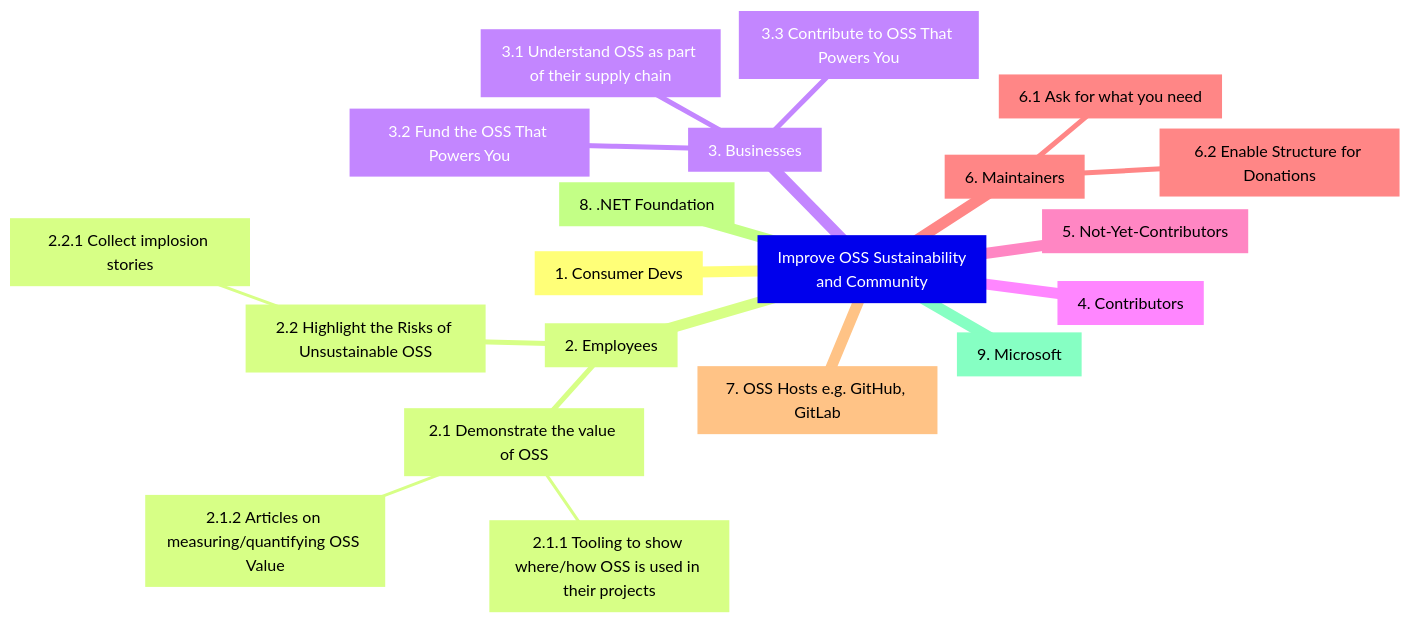
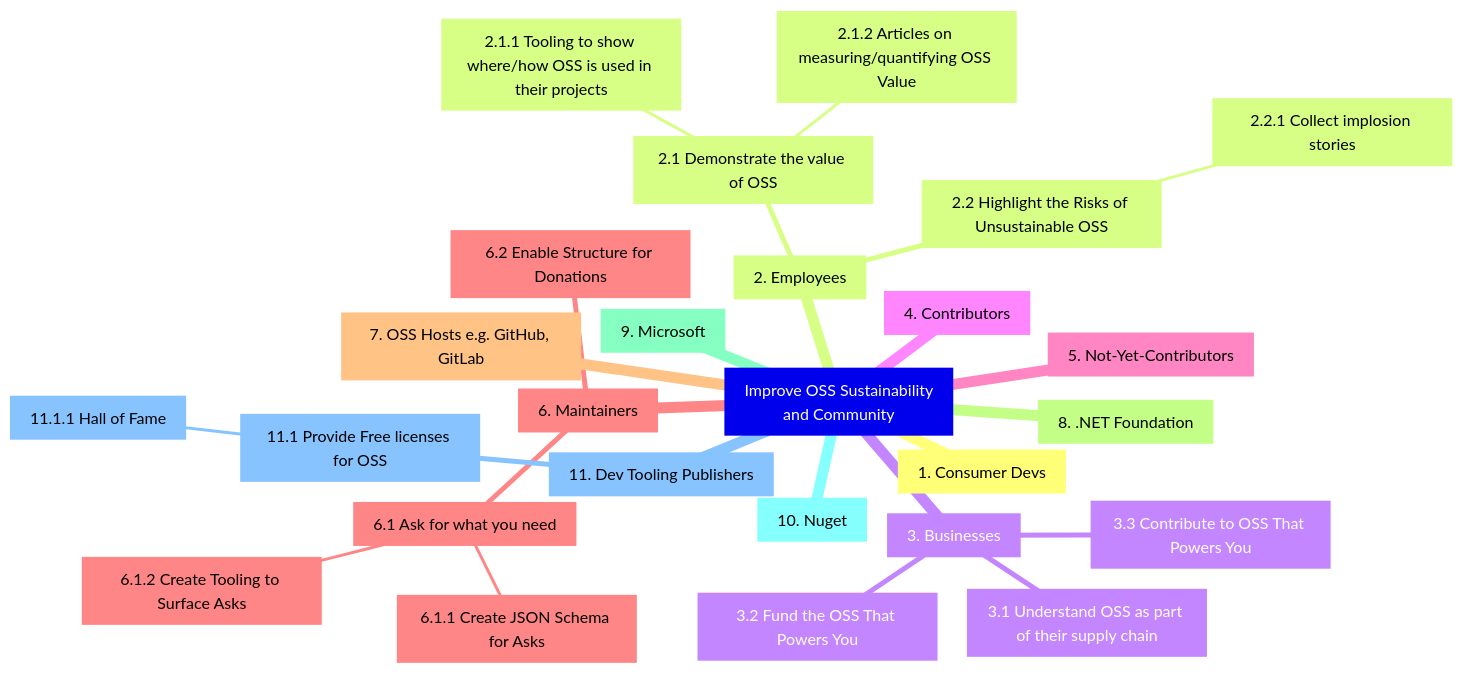
The diagram in ImpactMap.md (ossrich/home), drawn with Mermaid before and after one commit.

````diff
--- a/ImpactMap.md
+++ b/ImpactMap.md
@@ -20,23 +20,29 @@
 ```mermaid
 mindmap
   root[Improve OSS Sustainability<br/>and Community]
     1[1. Consumer Devs]
     2[2. Employees]
       2.1[2.1 Demonstrate the value of OSS]
         2.1.1[2.1.1 Tooling to show where/how OSS is used in their projects]
         2.1.2[2.1.2 Articles on measuring/quantifying OSS Value]
       2.2[2.2 Highlight the Risks of Unsustainable OSS]
         2.2.1[2.2.1 Collect implosion stories]
     3[3. Businesses]
       3.1[3.1 Understand OSS as part of their supply chain]
       3.2[3.2 Fund the OSS That Powers You]
       3.3[3.3 Contribute to OSS That Powers You]
     4[4. Contributors]
     5[5. Not-Yet-Contributors]
     6[6. Maintainers]
       6.1[6.1 Ask for what you need]
+        6.1.1[6.1.1 Create JSON Schema for Asks]
+        6.1.2[6.1.2 Create Tooling to Surface Asks]
       6.2[6.2 Enable Structure for Donations]
     7[7. OSS Hosts e.g. GitHub, GitLab]
     8[8. .NET Foundation]
     9[9. Microsoft]
+    10[10. Nuget]
+    11[11. Dev Tooling Publishers]
+      11.1[11.1 Provide Free licenses for OSS]
+        11.1.1[11.1.1 Hall of Fame]
 ```
````
